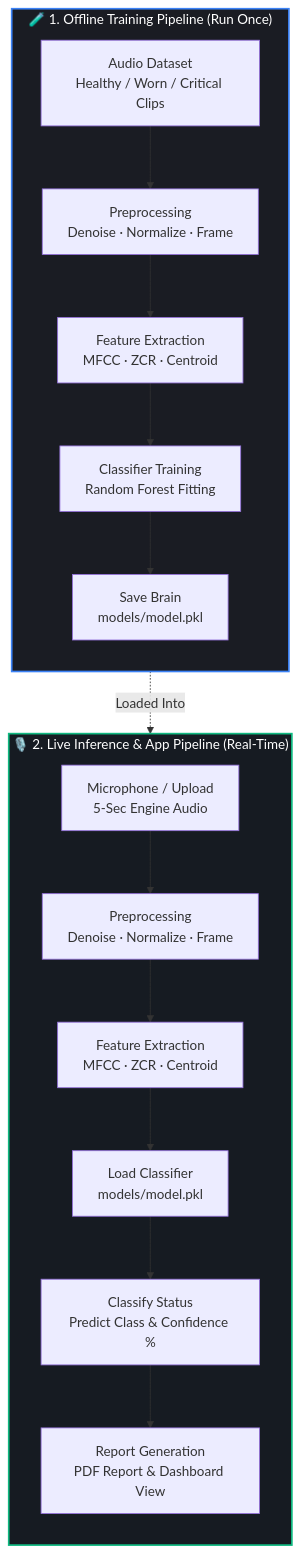
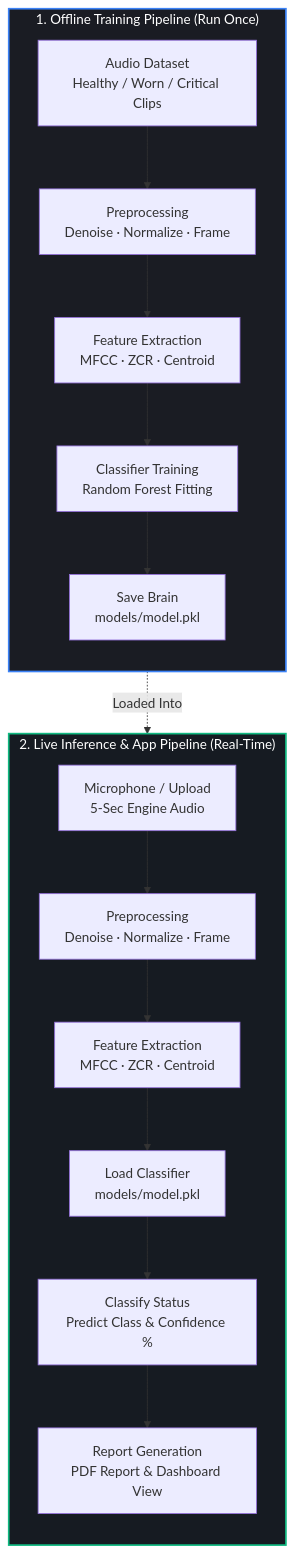
The diagram in README.md (mkeerthana-08/Auralytics), drawn with Mermaid before and after one commit. The commit also changed other lines of this file, not shown here.

````diff
--- a/README.md
+++ b/README.md
@@ -9,24 +9,24 @@
 ```mermaid
 flowchart TD
-    subgraph TRAIN["🧪 1. Offline Training Pipeline (Run Once)"]
+    subgraph TRAIN[" 1. Offline Training Pipeline (Run Once)"]
         direction TB
         A1[Audio Dataset<br/>Healthy / Worn / Critical Clips] --> A2[Preprocessing<br/>Denoise · Normalize · Frame]
         A2 --> A3[Feature Extraction<br/>MFCC · ZCR · Centroid]
         A3 --> A4[Classifier Training<br/>Random Forest Fitting]
         A4 --> A5[Save Brain<br/>models/model.pkl]
     end
 
-    subgraph LIVE["🎙️ 2. Live Inference & App Pipeline (Real-Time)"]
+    subgraph LIVE[" 2. Live Inference & App Pipeline (Real-Time)"]
         direction TB
         B1[Microphone / Upload<br/>5-Sec Engine Audio] --> B2[Preprocessing<br/>Denoise · Normalize · Frame]
         B2 --> B3[Feature Extraction<br/>MFCC · ZCR · Centroid]
         B3 --> B4[Load Classifier<br/>models/model.pkl]
         B4 --> B5[Classify Status<br/>Predict Class & Confidence %]
         B5 --> B6[Report Generation<br/>PDF Report & Dashboard View]
     end
 
     A5 -. Loaded Into .-> B4
 
     style TRAIN fill:#1a1c23,stroke:#3b82f6,stroke-width:2px,color:#fff
     style LIVE fill:#161b22,stroke:#10b981,stroke-width:2px,color:#fff
 ```
````
